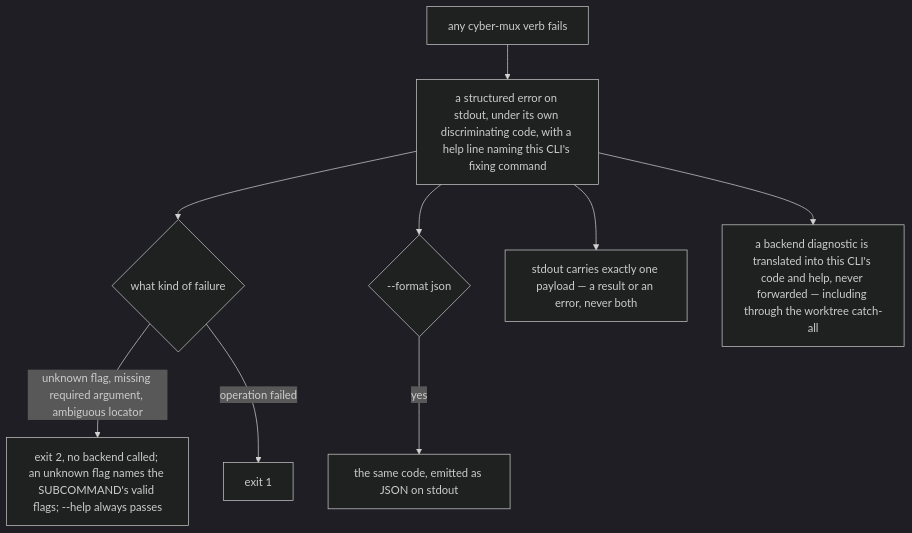
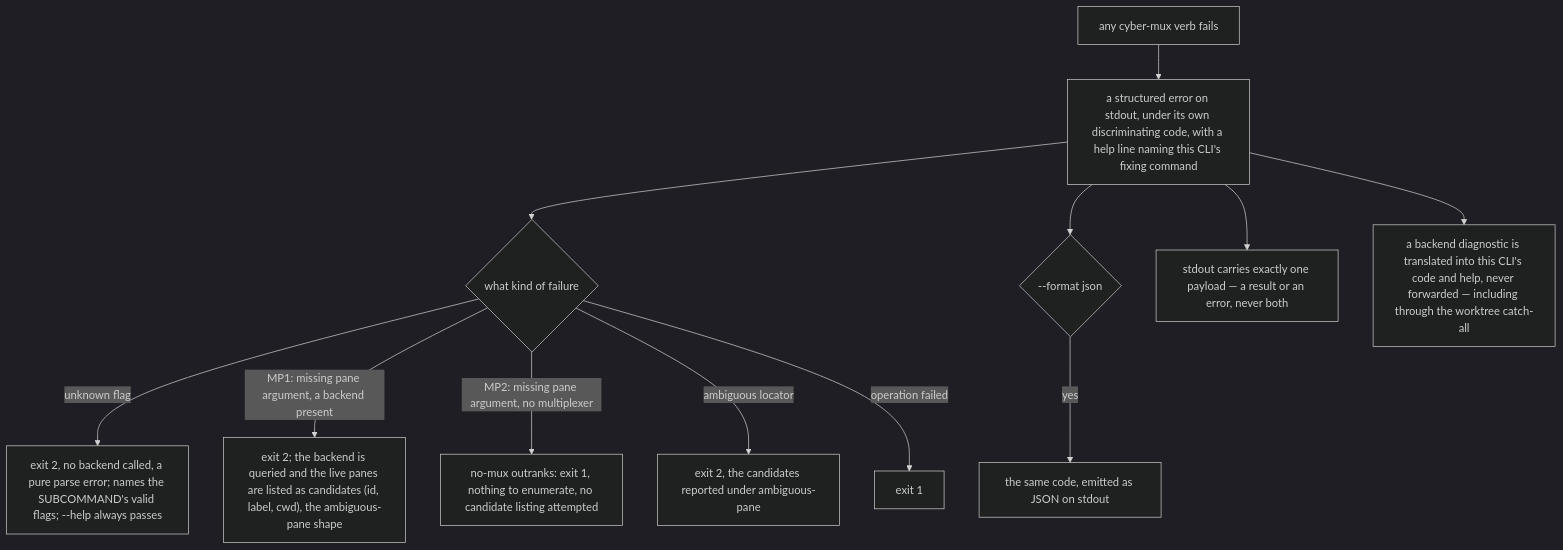
One commit to cyberuni/cyber-mux changed the second of 2 diagrams in packages/cyber-mux/.agents/spec/cli/lookup/README.md. Above: the diagram before and after it, drawn with Mermaid (dark theme). The commit also changed other lines of this file and 7 other files, not shown here.

First line of the commit message:
feat(cli): missing <pane> lists the live panes as candidates, across all pane verbs (#95)

````diff
--- a/packages/cyber-mux/.agents/spec/cli/lookup/README.md
+++ b/packages/cyber-mux/.agents/spec/cli/lookup/README.md
@@ -111,11 +132,14 @@
 ```mermaid
 graph TD
   F["any cyber-mux verb fails"] --> ERR["a structured error on stdout, under its own discriminating code, with a help line naming this CLI's fixing command"]
   ERR --> KIND{"what kind of failure"}
-  KIND -->|"unknown flag, missing required argument, ambiguous locator"| E2["exit 2, no backend called; an unknown flag names the SUBCOMMAND's valid flags; --help always passes"]
+  KIND -->|"unknown flag"| E2F["exit 2, no backend called, a pure parse error; names the SUBCOMMAND's valid flags; --help always passes"]
+  KIND -->|"MP1: missing pane argument, a backend present"| E2P["exit 2; the backend is queried and the live panes are listed as candidates (id, label, cwd), the ambiguous-pane shape"]
+  KIND -->|"MP2: missing pane argument, no multiplexer"| E1M["no-mux outranks: exit 1, nothing to enumerate, no candidate listing attempted"]
+  KIND -->|"ambiguous locator"| E2A["exit 2, the candidates reported under ambiguous-pane"]
   KIND -->|"operation failed"| E1["exit 1"]
   ERR --> FMT{"--format json"}
   FMT -->|"yes"| JSON["the same code, emitted as JSON on stdout"]
   ERR --> ONE["stdout carries exactly one payload — a result or an error, never both"]
   ERR --> TRANS["a backend diagnostic is translated into this CLI's code and help, never forwarded — including through the worktree catch-all"]
 ```
````
